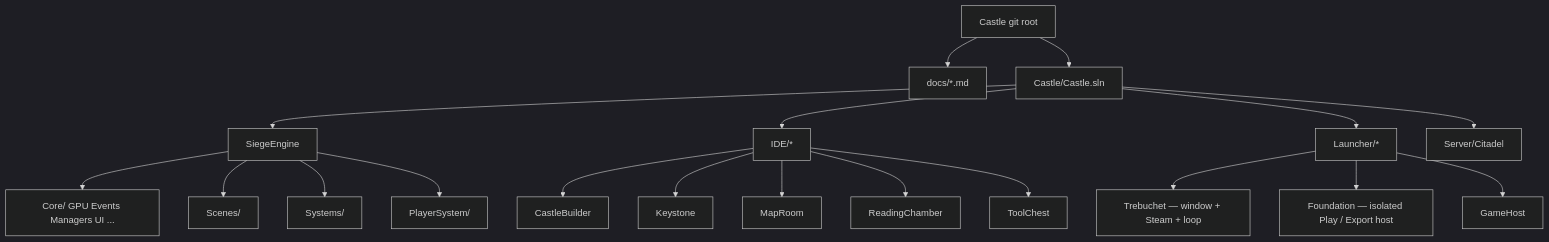
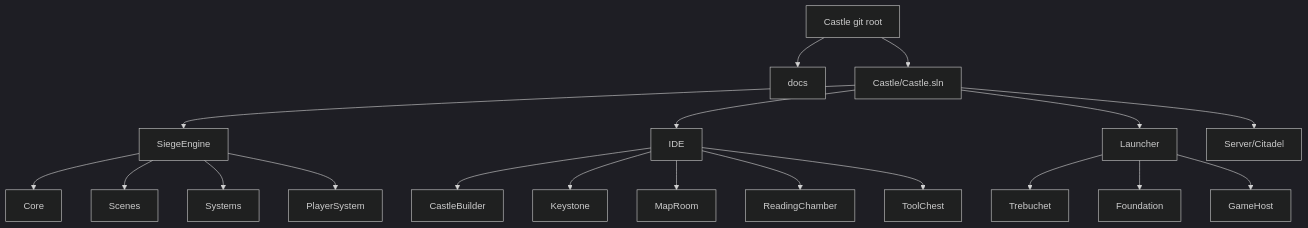
One commit to ireakhavok/Castle changed the third of 8 diagrams in docs/ARCHITECTURE.md. Above: the diagram before and after it, drawn with Mermaid. The commit also changed other lines of this file and 6 other files, not shown here.

````diff
--- a/docs/ARCHITECTURE.md
+++ b/docs/ARCHITECTURE.md
@@ -104,23 +107,23 @@
 ```mermaid
 %%{init: {'theme':'dark'}}%%
 flowchart TB
   ROOT[Castle git root]
-  ROOT --> DOCS[docs/*.md]
+  ROOT --> DOCS[docs]
   ROOT --> SLN[Castle/Castle.sln]
   SLN --> SE[SiegeEngine]
-  SLN --> IDE[IDE/*]
-  SLN --> LAU[Launcher/*]
+  SLN --> IDE[IDE]
+  SLN --> LAU[Launcher]
   SLN --> CIT[Server/Citadel]
-  SE --> CORE[Core/ GPU Events Managers UI ...]
-  SE --> SCN[Scenes/]
-  SE --> SYS[Systems/]
-  SE --> PLY[PlayerSystem/]
+  SE --> CORE[Core]
+  SE --> SCN[Scenes]
+  SE --> SYS[Systems]
+  SE --> PLY[PlayerSystem]
   IDE --> CB[CastleBuilder]
   IDE --> KS[Keystone]
   IDE --> MR[MapRoom]
   IDE --> RC[ReadingChamber]
   IDE --> TC[ToolChest]
-  LAU --> TR[Trebuchet — window + Steam + loop]
-  LAU --> FD[Foundation — isolated Play / Export host]
+  LAU --> TR[Trebuchet]
+  LAU --> FD[Foundation]
   LAU --> GH[GameHost]
 ```
````
